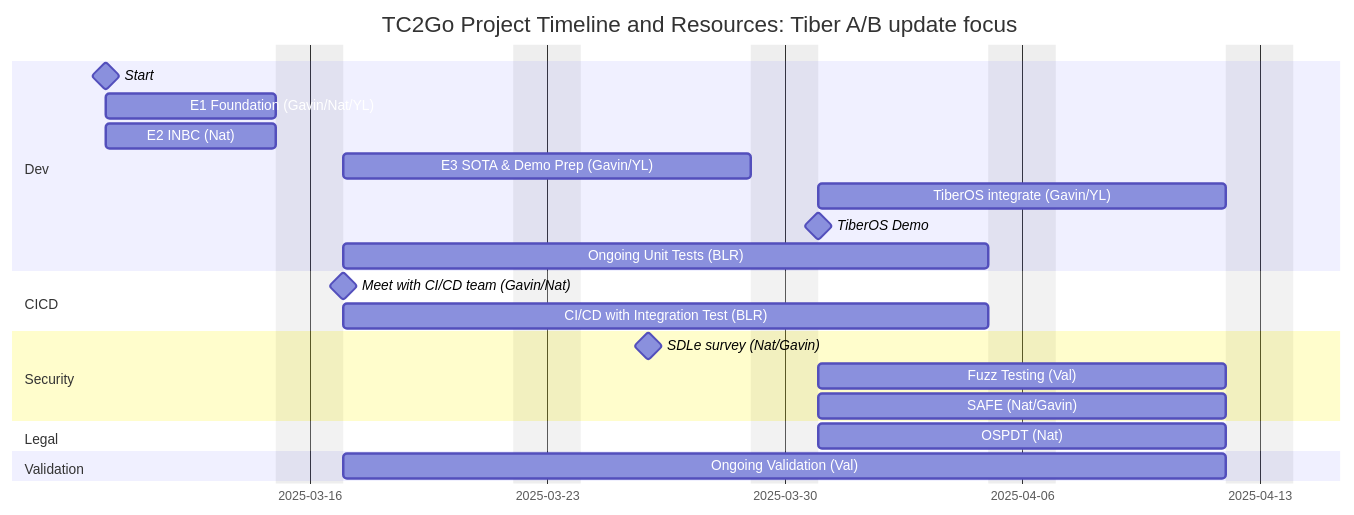
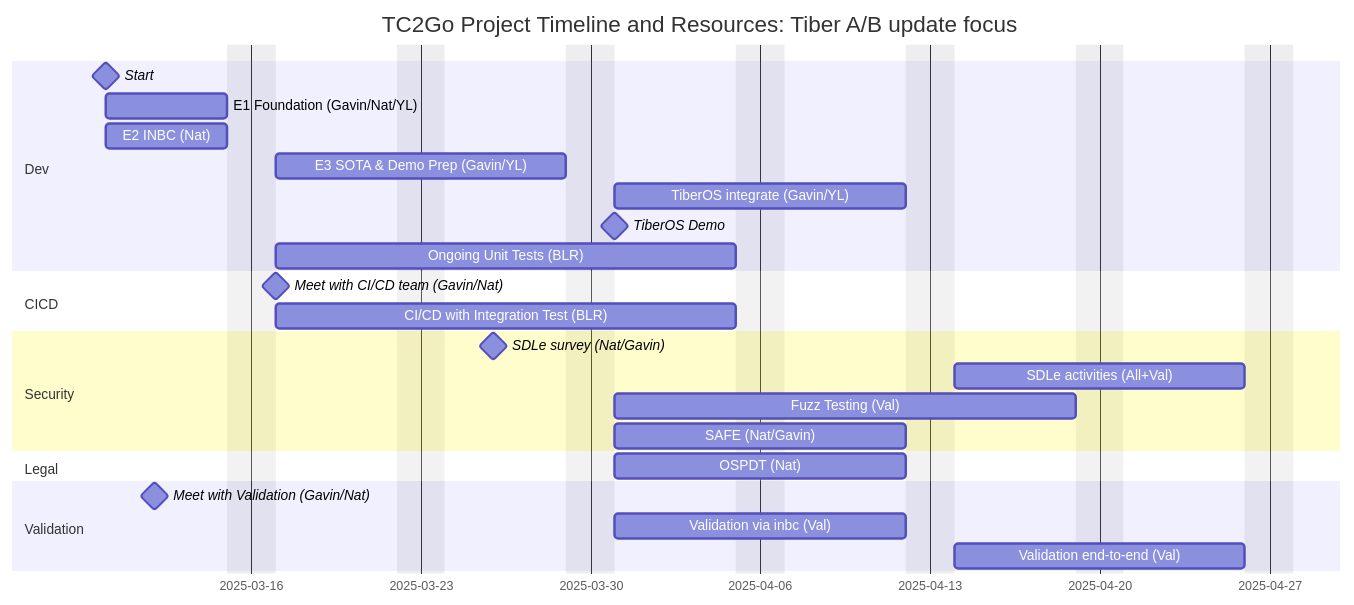
The diagram in doc/timelineAndResources.md (open-edge-platform/edge-node-agents), drawn with Mermaid before and after one commit.

Commit message:
Update timelineAndResources.md - from val meeting

````diff
--- a/doc/timelineAndResources.md
+++ b/doc/timelineAndResources.md
@@ -1,31 +1,34 @@
 ```mermaid
 gantt
     title TC2Go Project Timeline and Resources: Tiber A/B update focus
     dateFormat  YYYY-MM-DD
     tickInterval 1week
     excludes weekends
 
     section Dev
         Start                             :milestone, :start, 2025-03-10, 0d
         E1 Foundation (Gavin/Nat/YL)    :foundation, 2025-03-10, 5d
         E2 INBC (Nat)                     :inbc, 2025-03-10, 5d
         E3 SOTA & Demo Prep (Gavin/YL)    :sotademo, after inbc, 10d
         TiberOS integrate (Gavin/YL) :spec, after sotademo, 10d
-        TiberOS Demo                              :milestone, :a1, 2025-03-31, 0d
+        TiberOS Demo                              :milestone, :demo, 2025-03-31, 0d
         Ongoing Unit Tests (BLR)          :unit, after foundation, 15d
 
     section CICD
         Meet with CI/CD team (Gavin/Nat)          :milestone, :meetcicd, 2025-03-17, 0d
         CI/CD with Integration Test (BLR)         :cicd, 2025-03-17, 15d
     
     section Security
         SDLe survey (Nat/Gavin)           :milestone, :survey, 2025-03-26, 0d
-        Fuzz Testing (Val)                :fuzz, 2025-03-31, 10d
+        SDLe activities (All+Val)         :sdle, after safe, 10d
+        Fuzz Testing (Val)                :fuzz, 2025-03-31, 15d
         SAFE (Nat/Gavin)                  :safe, 2025-03-31, 10d
 
     section Legal
         OSPDT (Nat)                       :ospdt, 2025-03-31, 10d
     
     section Validation
-        Ongoing Validation (Val)        :val, after foundation, 20d
+        Meet with Validation (Gavin/Nat) :milestone, :meetval, 2025-03-12, 0d
+        Validation via inbc (Val)        :valinbc, after sotademo, 10d
+        Validation end-to-end (Val)      :vale2e, after spec, 10d
 ```
````
